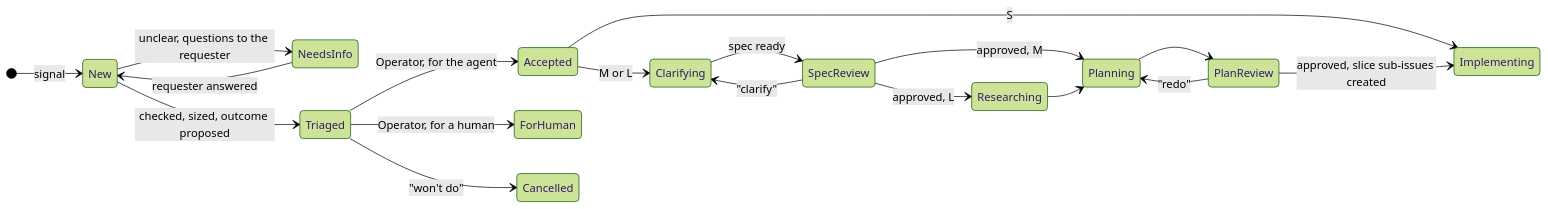
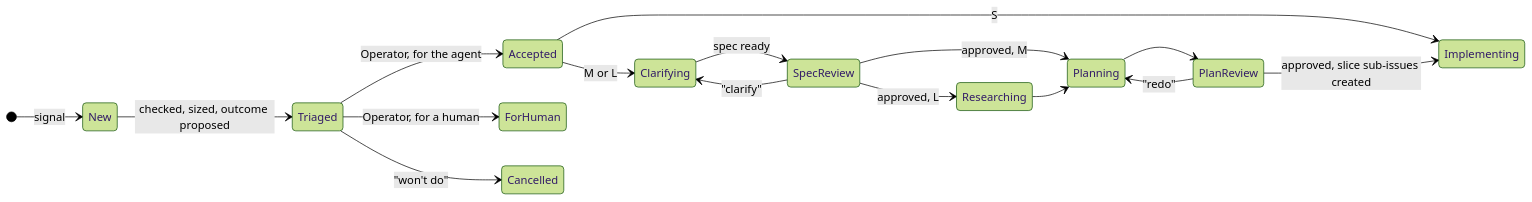
One commit to redikultsev/agentic-sdlc-atlas changed the first of 2 diagrams in deck/slides.md. Above: the diagram before and after it, drawn with Mermaid (forest theme). The commit also changed other lines of this file and 6 other files, not shown here.

````diff
--- a/deck/slides.md
+++ b/deck/slides.md
@@ -272,21 +272,19 @@
 ```mermaid {scale: 0.42}
 stateDiagram-v2
   direction LR
   [*] --> New: signal
-  New --> NeedsInfo: unclear, questions to the requester
-  NeedsInfo --> New: requester answered
   New --> Triaged: checked, sized, outcome proposed
   Triaged --> Accepted: Operator, for the agent
   Triaged --> ForHuman: Operator, for a human
   Triaged --> Cancelled: "won't do"
   Accepted --> Implementing: S
   Accepted --> Clarifying: M or L
   Clarifying --> SpecReview: spec ready
   SpecReview --> Clarifying: "clarify"
   SpecReview --> Researching: approved, L
   SpecReview --> Planning: approved, M
   Researching --> Planning
   Planning --> PlanReview
   PlanReview --> Planning: "redo"
   PlanReview --> Implementing: approved, slice sub-issues created
 ```
````
